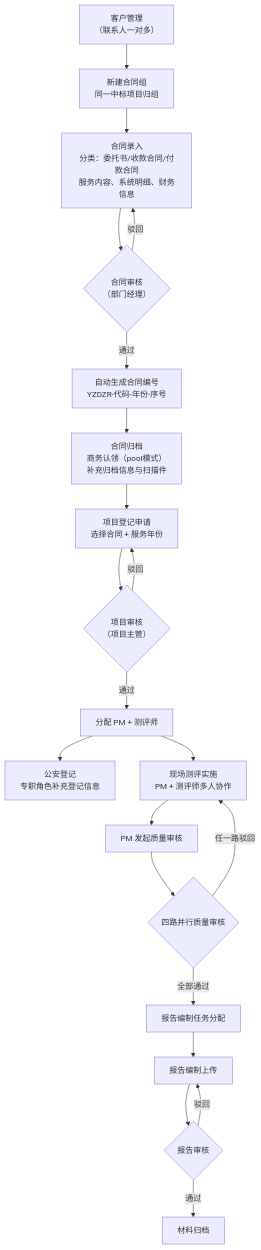
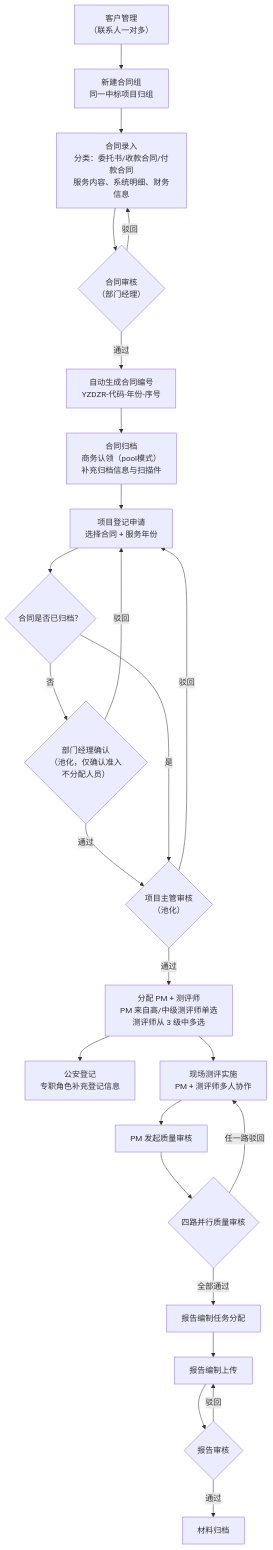
Before and after one commit to zhuiye8/nature-platform: the diagram in docs/项目业务流程与模块职责.md, drawn with Mermaid. The commit also changed other lines of this file and 33 other files, not shown here.

````diff
--- a/docs/项目业务流程与模块职责.md
+++ b/docs/项目业务流程与模块职责.md
@@ -49,26 +49,30 @@
 ```mermaid
 flowchart TD
   A["客户管理<br/>（联系人一对多）"] --> B0["新建合同组<br/>同一中标项目归组"]
   B0 --> B["合同录入<br/>分类：委托书/收款合同/付款合同<br/>服务内容、系统明细、财务信息"]
   B --> C{"合同审核<br/>（部门经理）"}
   C -->|通过| C1["自动生成合同编号<br/>YZDZR-代码-年份-序号"]
   C1 --> D["合同归档<br/>商务认领（pool模式）<br/>补充归档信息与扫描件"]
   C -->|驳回| B
 
   D --> E["项目登记申请<br/>选择合同 + 服务年份"]
-  E --> F{"项目审核<br/>（项目主管）"}
-  F -->|通过| G["分配 PM + 测评师"]
-  F -->|驳回| E
+  E --> F1{"合同是否已归档？"}
+  F1 -->|否| F2{"部门经理确认<br/>（池化，仅确认准入<br/>不分配人员）"}
+  F2 -->|通过| F3
+  F2 -->|驳回| E
+  F1 -->|是| F3{"项目主管审核<br/>（池化）"}
+  F3 -->|通过| G["分配 PM + 测评师<br/>PM 来自高/中级测评师单选<br/>测评师从 3 级中多选"]
+  F3 -->|驳回| E
 
   G --> H["公安登记<br/>专职角色补充登记信息"]
   G --> I["现场测评实施<br/>PM + 测评师多人协作"]
   I --> J["PM 发起质量审核"]
   J --> K{"四路并行质量审核"}
   K -->|全部通过| L["报告编制任务分配"]
   K -->|任一路驳回| I
 
   L --> M["报告编制上传"]
   M --> N{"报告审核"}
   N -->|通过| O["材料归档"]
   N -->|驳回| M
 ```
````
